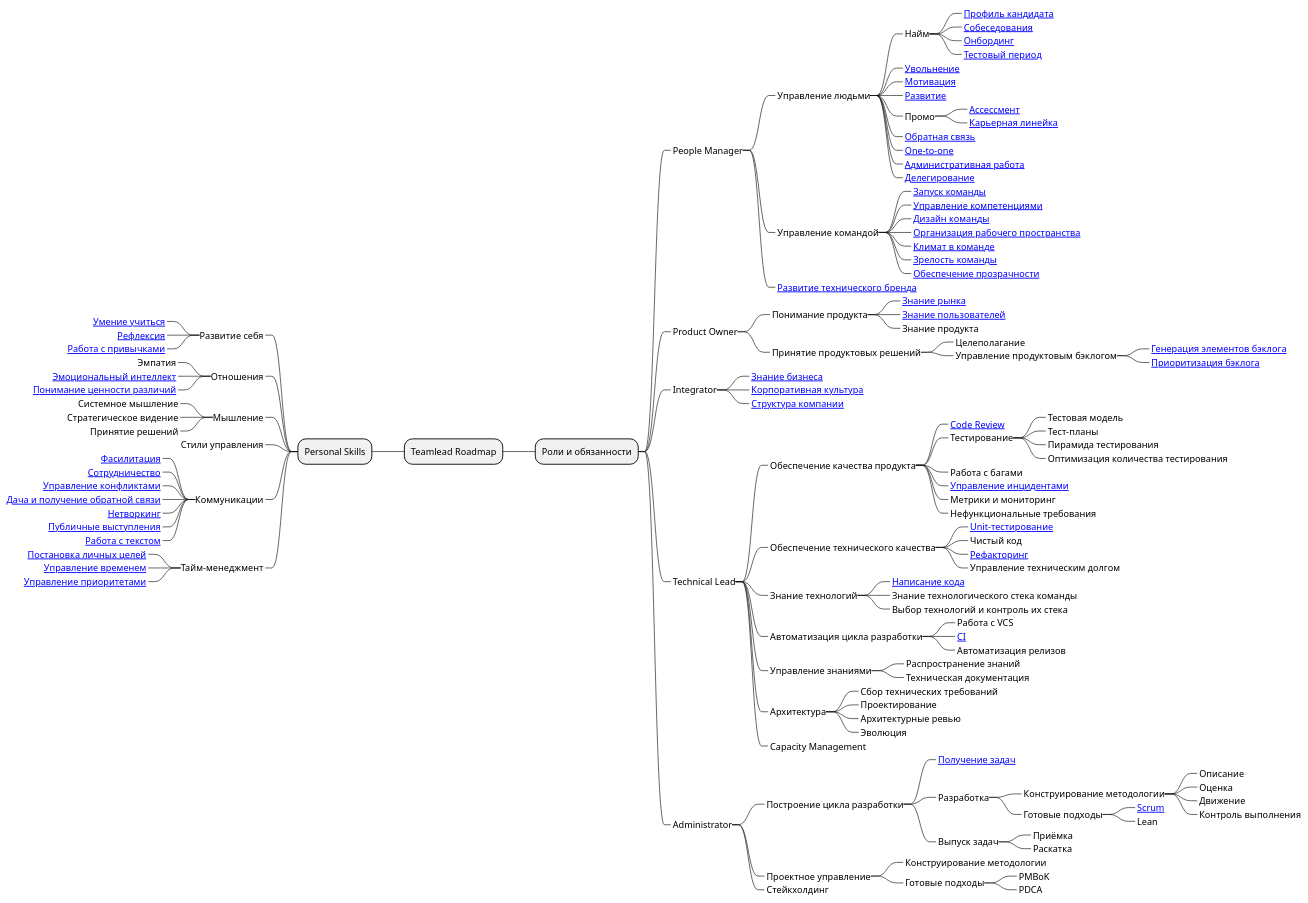
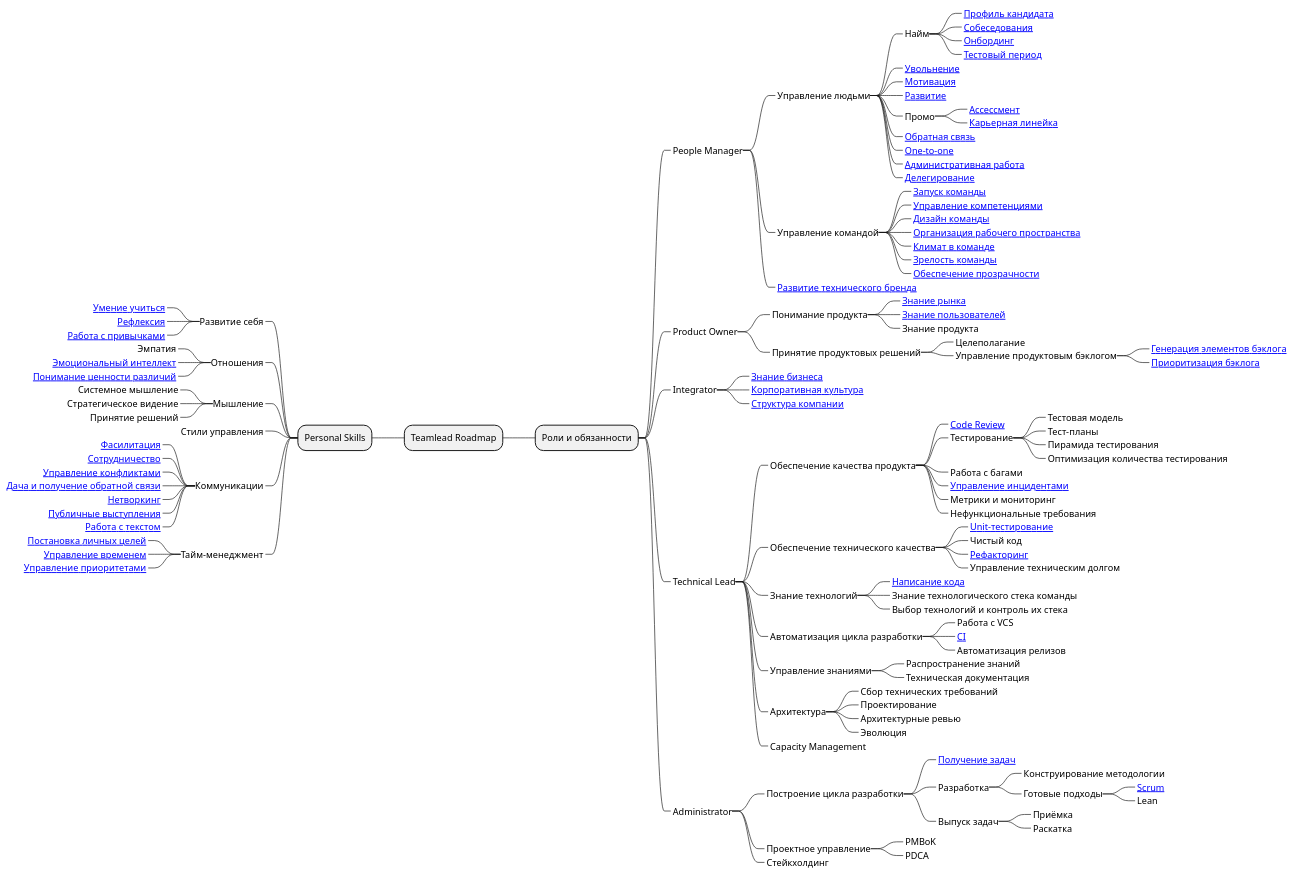
One commit to tlbootcamp/tlroadmap changed the diagram in roadmap.puml. Above: the diagram before and after it, drawn with PlantUML.

```diff
--- a/roadmap.puml
+++ b/roadmap.puml
@@ -1,129 +1,123 @@
 @startmindmap
 * Teamlead Roadmap
 ** Роли и обязанности
 ***_ People Manager
 ****_ Управление людьми
 *****_ Найм
 ******_ [[https://github.com/tlbootcamp/tlroadmap/blob/master/skills/resource-manager/profile.md Профиль кандидата]]
 ******_ [[https://github.com/tlbootcamp/tlroadmap/blob/master/skills/resource-manager/interview.md Собеседования]]
 ******_ [[https://github.com/tlbootcamp/tlroadmap/blob/master/skills/resource-manager/onboarding.md Онбординг]]
 ******_ [[https://github.com/tlbootcamp/tlroadmap/blob/master/skills/resource-manager/test-period.md Тестовый период]]
 *****_ [[https://github.com/tlbootcamp/tlroadmap/blob/master/skills/resource-manager/firing.md Увольнение]]
 *****_ [[https://github.com/tlbootcamp/tlroadmap/blob/master/skills/resource-manager/motivation.md Мотивация]]
 *****_ [[https://github.com/tlbootcamp/tlroadmap/blob/master/skills/resource-manager/development.md Развитие]]
 *****_ Промо
 ******_ [[https://github.com/tlbootcamp/tlroadmap/blob/master/skills/resource-manager/assessment.md Ассессмент]]
 ******_ [[https://github.com/tlbootcamp/tlroadmap/blob/master/skills/resource-manager/career.md Карьерная линейка]]
 *****_ [[https://github.com/tlbootcamp/tlroadmap/blob/master/skills/resource-manager/feedback.md Обратная связь]]
 *****_ [[https://github.com/tlbootcamp/tlroadmap/blob/master/skills/resource-manager/one-to-one.md One-to-one]]
 *****_ [[https://github.com/tlbootcamp/tlroadmap/blob/master/skills/resource-manager/admin.md Административная работа]]
 *****_ [[https://github.com/tlbootcamp/tlroadmap/blob/master/skills/resource-manager/delegation.md Делегирование]]
 ****_ Управление командой
 *****_ [[https://github.com/tlbootcamp/tlroadmap/blob/master/skills/resource-manager/team-launch.md Запуск команды]]
 *****_ [[https://github.com/tlbootcamp/tlroadmap/blob/master/skills/resource-manager/competency-management.md Управление компетенциями]]
 *****_ [[https://github.com/tlbootcamp/tlroadmap/blob/master/skills/resource-manager/team-design.md Дизайн команды]]
 *****_ [[https://github.com/tlbootcamp/tlroadmap/blob/master/skills/resource-manager/workspace.md Организация рабочего пространства]]
 *****_ [[https://github.com/tlbootcamp/tlroadmap/blob/master/skills/resource-manager/team-climate.md Климат в команде]]
 *****_ [[https://github.com/tlbootcamp/tlroadmap/blob/master/skills/resource-manager/team-maturity.md Зрелость команды]]
 *****_ [[https://github.com/tlbootcamp/tlroadmap/blob/master/skills/resource-manager/transparency.md Обеспечение прозрачности]]
 ****_ [[https://github.com/tlbootcamp/tlroadmap/blob/master/skills/resource-manager/techpr.md Развитие технического бренда]]
 ***_ Product Owner
 ****_ Понимание продукта
 *****_ [[https://github.com/tlbootcamp/tlroadmap/blob/master/skills/product-owner/market-knowledge.md Знание рынка]]
 *****_ [[https://github.com/tlbootcamp/tlroadmap/blob/master/skills/product-owner/user-knowledge.md Знание пользователей]]
 *****_ Знание продукта
 ****_ Принятие продуктовых решений
 *****_ Целеполагание
 *****_ Управление продуктовым бэклогом
 ******_ [[https://github.com/tlbootcamp/tlroadmap/blob/master/skills/product-owner/backlog-generation.md Генерация элементов бэклога]]
 ******_ [[https://github.com/tlbootcamp/tlroadmap/blob/master/skills/product-owner/backlog-prioritization.md Приоритизация бэклога]]
 ***_ Integrator
 ****_ [[https://github.com/tlbootcamp/tlroadmap/blob/master/skills/integrator/business-knowledge.md Знание бизнеса]]
 ****_ [[https://github.com/tlbootcamp/tlroadmap/blob/master/skills/integrator/corporate-culture.md Корпоративная культура]]
 ****_ [[https://github.com/tlbootcamp/tlroadmap/blob/master/skills/integrator/company-structure.md Структура компании]]
 ***_ Technical Lead
 ****_ Обеспечение качества продукта
 *****_ [[https://github.com/tlbootcamp/tlroadmap/blob/master/skills/technical-lead/code-review.md Code Review]]
 *****_ Тестирование
 ******_ Тестовая модель
 ******_ Тест-планы
 ******_ Пирамида тестирования
 ******_ Оптимизация количества тестирования
 *****_ Работа с багами
 *****_ [[https://github.com/tlbootcamp/tlroadmap/blob/master/skills/technical-lead/incident-management.md Управление инцидентами]]
 *****_ Метрики и мониторинг
 *****_ Нефункциональные требования
 ****_ Обеспечение технического качества
 *****_ [[https://github.com/tlbootcamp/tlroadmap/blob/master/skills/technical-lead/unit-testing.md Unit-тестирование]]
 *****_ Чистый код
 *****_ [[https://github.com/tlbootcamp/tlroadmap/blob/master/skills/technical-lead/refactoring.md Рефакторинг]]
 *****_ Управление техническим долгом
 ****_ Знание технологий
 *****_ [[https://github.com/tlbootcamp/tlroadmap/blob/master/skills/technical-lead/code.md Написание кода]]
 *****_ Знание технологического стека команды
 *****_ Выбор технологий и контроль их стека
 ****_ Автоматизация цикла разработки
 *****_ Работа с VCS
 *****_ [[https://github.com/tlbootcamp/tlroadmap/blob/master/skills/technical-lead/ci.md CI]]
 *****_ Автоматизация релизов
 ****_ Управление знаниями
 *****_ Распространение знаний
 *****_ Техническая документация
 ****_ Архитектура
 *****_ Сбор технических требований
 *****_ Проектирование
 *****_ Архитектурные ревью
 *****_ Эволюция
 ****_ Capacity Management
 ***_ Administrator
 ****_ Построение цикла разработки
 *****_ [[https://github.com/tlbootcamp/tlroadmap/blob/master/skills/administrator/task-inbox.md Получение задач]]
 *****_ Разработка
 ******_ Конструирование методологии
-*******_ Описание
-*******_ Оценка
-*******_ Движение
-*******_ Контроль выполнения
 ******_ Готовые подходы
 *******_ [[https://github.com/tlbootcamp/tlroadmap/blob/master/skills/administrator/scrum.md Scrum]]
 *******_ Lean
 *****_ Выпуск задач
 ******_ Приёмка
 ******_ Раскатка
 ****_ Проектное управление
-*****_ Конструирование методологии
-*****_ Готовые подходы
-******_ PMBoK
-******_ PDCA
+*****_ PMBoK
+*****_ PDCA
 ****_ Стейкхолдинг
 
 left side
 
 ** Personal Skills
 ***_ Развитие себя
 ****_ [[https://github.com/tlbootcamp/tlroadmap/blob/master/skills/self-improvement/learning.md Умение учиться]]
 ****_ [[https://github.com/tlbootcamp/tlroadmap/blob/master/skills/self-improvement/reflection.md Рефлексия]]
 ****_ [[https://github.com/tlbootcamp/tlroadmap/blob/master/skills/self-improvement/habits.md Работа с привычками]]
 ***_ Отношения
 ****_ Эмпатия
 ****_ [[https://github.com/tlbootcamp/tlroadmap/blob/master/skills/self-improvement/emotional-intelligence.md Эмоциональный интеллект]]
 ****_ [[https://github.com/tlbootcamp/tlroadmap/blob/master/skills/self-improvement/diversity.md Понимание ценности различий]]
 ***_ Мышление
 ****_ Системное мышление
 ****_ Стратегическое видение
 ****_ Принятие решений
 ***_ Стили управления
 ***_ Коммуникации
 ****_ [[https://github.com/tlbootcamp/tlroadmap/blob/master/skills/self-improvement/facilitation.md Фасилитация]]
 ****_ [[https://github.com/tlbootcamp/tlroadmap/blob/master/skills/self-improvement/cooperation.md Сотрудничество]]
 ****_ [[https://github.com/tlbootcamp/tlroadmap/blob/master/skills/self-improvement/conflicts.md Управление конфликтами]]
 ****_ [[https://github.com/tlbootcamp/tlroadmap/blob/master/skills/self-improvement/feedback.md Дача и получение обратной связи]]
 ****_ [[https://github.com/tlbootcamp/tlroadmap/blob/master/skills/self-improvement/networking.md Нетворкинг]]
 ****_ [[https://github.com/tlbootcamp/tlroadmap/blob/master/skills/self-improvement/public-speaking.md Публичные выступления]]
 ****_ [[https://github.com/tlbootcamp/tlroadmap/blob/master/skills/self-improvement/text.md Работа с текстом]]
 ***_ Тайм-менеджмент
 ****_ [[https://github.com/tlbootcamp/tlroadmap/blob/master/skills/self-improvement/goal-setting.md Постановка личных целей]]
 ****_ [[https://github.com/tlbootcamp/tlroadmap/blob/master/skills/self-improvement/time-management.md Управление временем]]
 ****_ [[https://github.com/tlbootcamp/tlroadmap/blob/master/skills/self-improvement/prioritization.md Управление приоритетами]]
 
 @endmindmap
```
